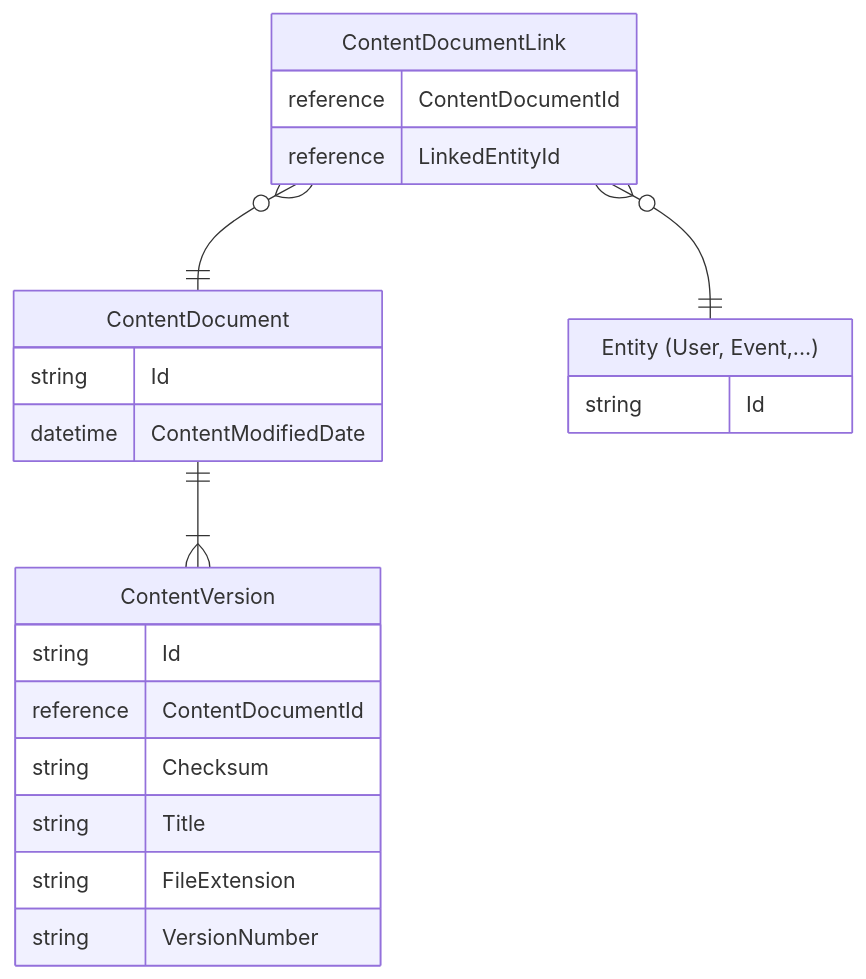
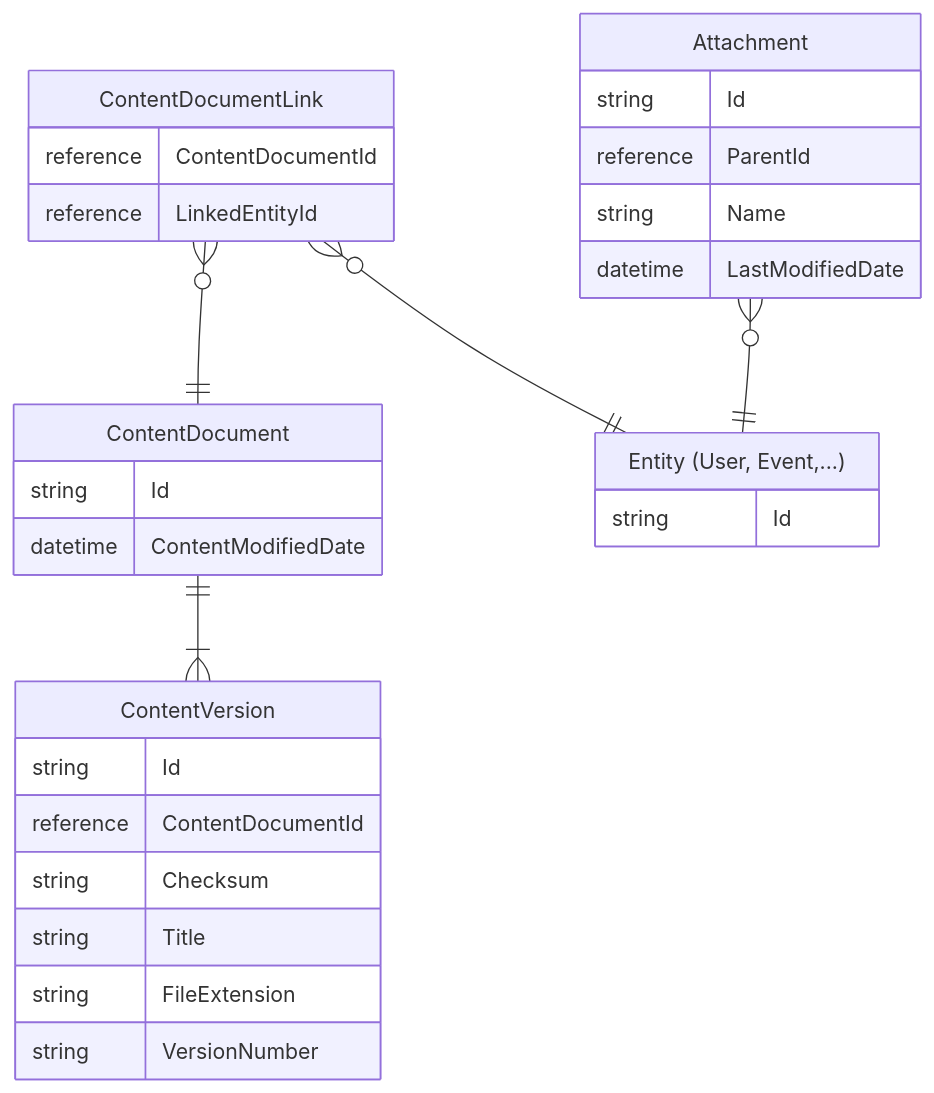
Before and after one commit to piotrekkr/salesforce-archivist: the diagram in README.md, drawn with Mermaid. The commit also changed other lines of this file and 14 other files, not shown here.

````diff
--- a/README.md
+++ b/README.md
@@ -170,26 +170,32 @@
 ```mermaid
 erDiagram
     ContentDocumentLink {
         reference ContentDocumentId
         reference LinkedEntityId
     }
     ContentDocument {
         string Id
         datetime ContentModifiedDate
     }
     "Entity (User, Event,...)" {
         string Id
-
     }
     ContentVersion {
         string Id
         reference ContentDocumentId
         string Checksum
         string Title
         string FileExtension
         string VersionNumber
     }
+    Attachment {
+        string Id
+        reference ParentId
+        string Name
+        datetime LastModifiedDate
+    }
     ContentDocument ||--|{ ContentVersion : ""
     ContentDocumentLink }o--|| ContentDocument : ""
     ContentDocumentLink }o--|| "Entity (User, Event,...)" : ""
+    Attachment }o--|| "Entity (User, Event,...)" : ""
 ```
````
